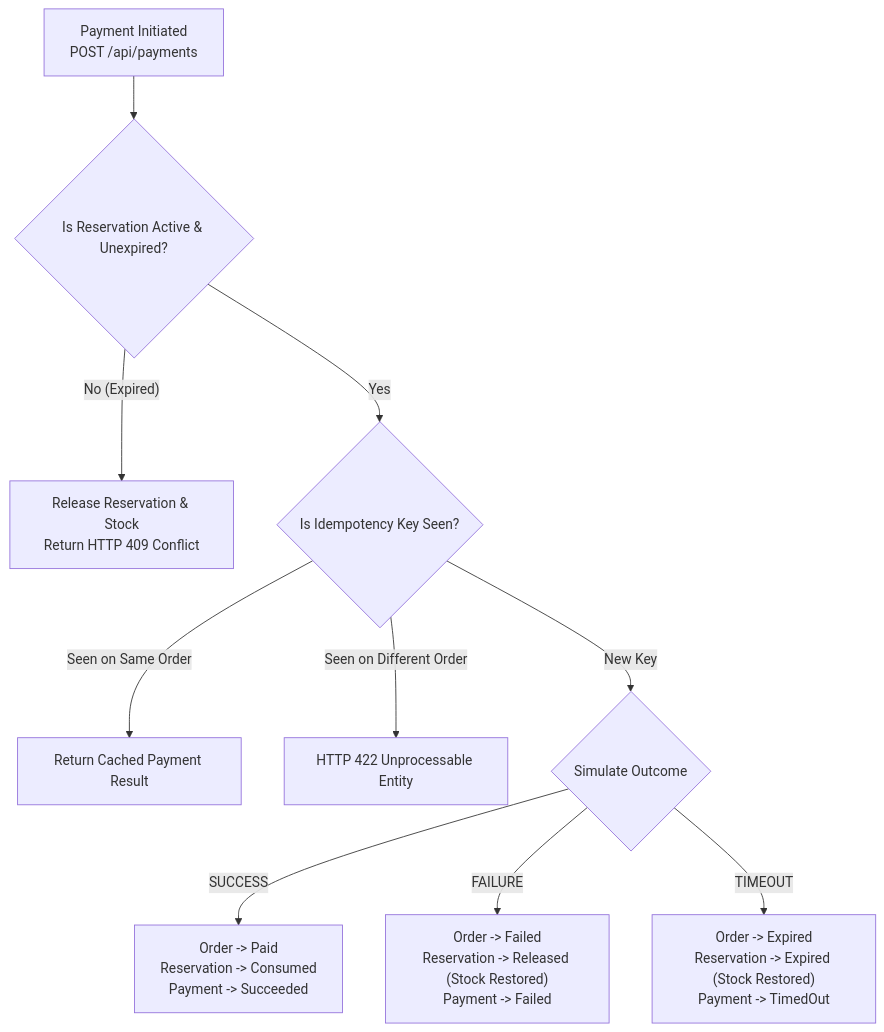
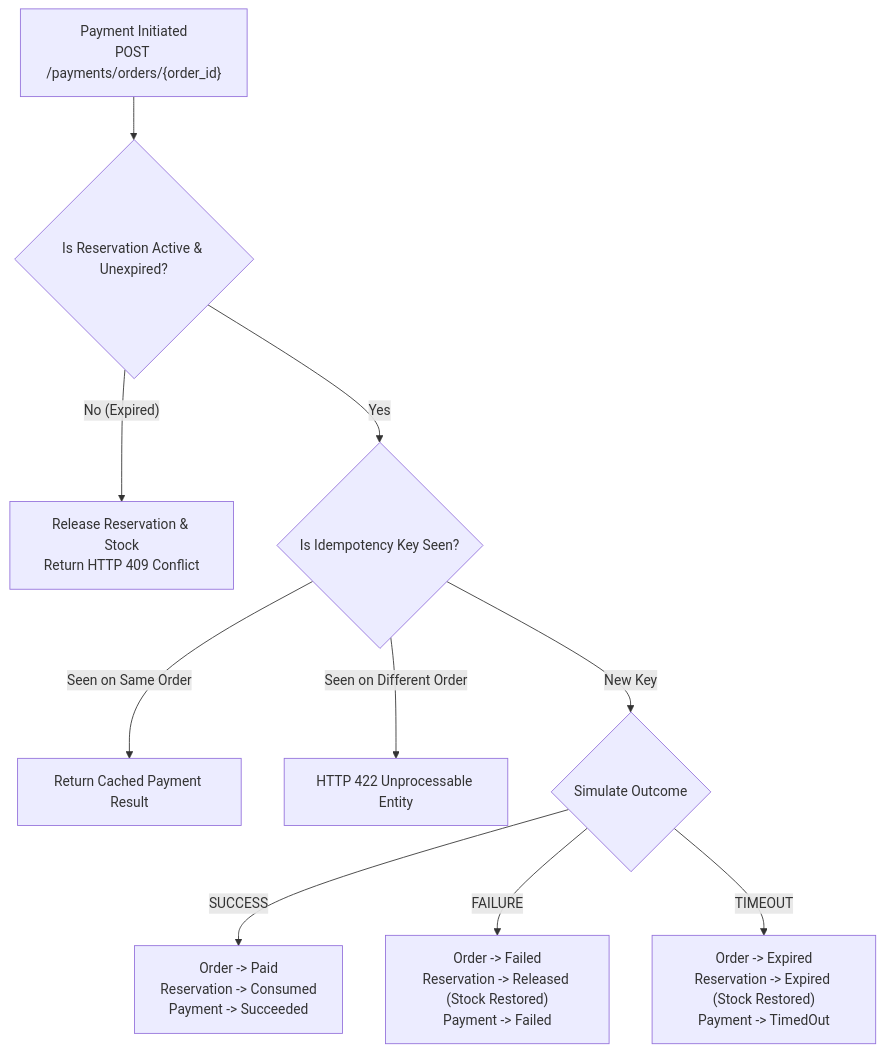
One commit to arudkumaran19/pos-ecommerce-systems changed the sixth of 22 diagrams in README.md. Above: the diagram before and after it, drawn with Mermaid. The commit also changed other lines of this file, not shown here.

````diff
--- a/README.md
+++ b/README.md
@@ -345,12 +366,12 @@
 ```mermaid
 flowchart TD
-    PayAttempt["Payment Initiated<br/>POST /api/payments"] --> ValidateTTL{"Is Reservation Active & Unexpired?"}
+    PayAttempt["Payment Initiated<br/>POST /payments/orders/{order_id}"] --> ValidateTTL{"Is Reservation Active & Unexpired?"}
     ValidateTTL -- No (Expired) --> ExpireFail["Release Reservation & Stock<br/>Return HTTP 409 Conflict"]
     ValidateTTL -- Yes --> CheckIdemp{"Is Idempotency Key Seen?"}
     CheckIdemp -- Seen on Same Order --> ReturnCached["Return Cached Payment Result"]
     CheckIdemp -- Seen on Different Order --> RejectIdemp["HTTP 422 Unprocessable Entity"]
     CheckIdemp -- New Key --> ExecuteSim{"Simulate Outcome"}
     ExecuteSim -- SUCCESS --> Succeeded["Order -> Paid<br/>Reservation -> Consumed<br/>Payment -> Succeeded"]
     ExecuteSim -- FAILURE --> Failed["Order -> Failed<br/>Reservation -> Released (Stock Restored)<br/>Payment -> Failed"]
     ExecuteSim -- TIMEOUT --> TimedOut["Order -> Expired<br/>Reservation -> Expired (Stock Restored)<br/>Payment -> TimedOut"]
 ```
````
